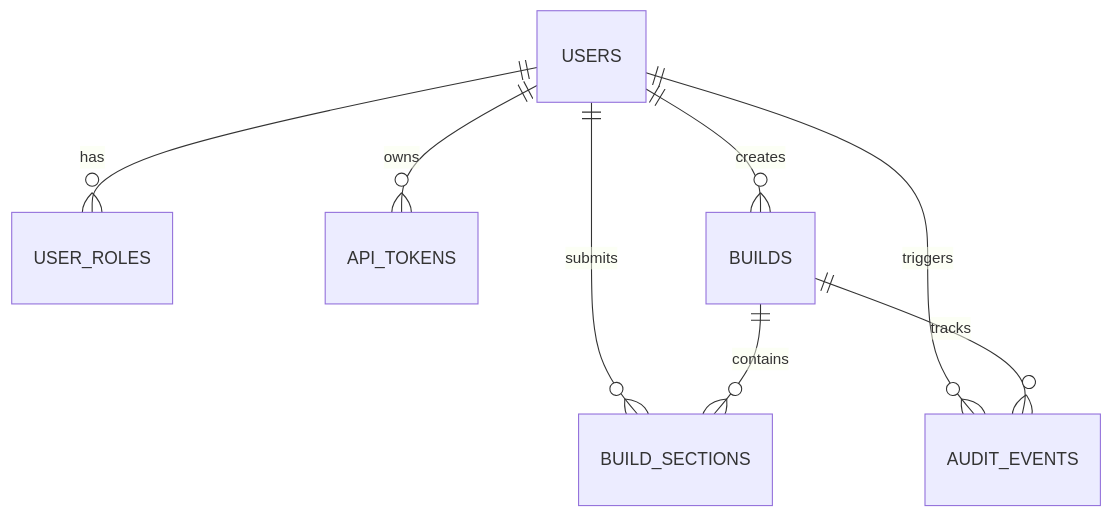
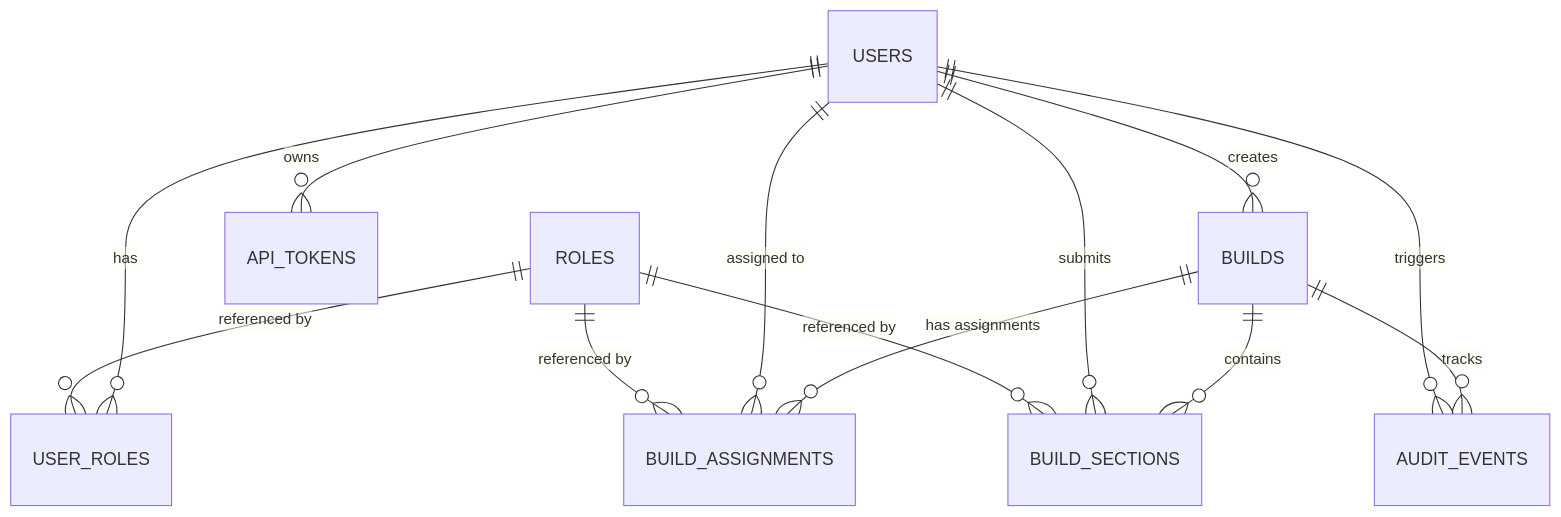
One commit to Sashwat-K/persona-based-contract-generator changed the first of 4 diagrams in Design/low-level-design.md. Above: the diagram before and after it, drawn with Mermaid. The commit also changed other lines of this file and 2 other files, not shown here.

````diff
--- a/Design/low-level-design.md
+++ b/Design/low-level-design.md
@@ -287,10 +357,15 @@
 ```mermaid
 erDiagram
+    ROLES ||--o{ USER_ROLES : "referenced by"
+    ROLES ||--o{ BUILD_ASSIGNMENTS : "referenced by"
+    ROLES ||--o{ BUILD_SECTIONS : "referenced by"
     USERS ||--o{ USER_ROLES : has
     USERS ||--o{ API_TOKENS : owns
     USERS ||--o{ BUILDS : creates
+    USERS ||--o{ BUILD_ASSIGNMENTS : "assigned to"
     USERS ||--o{ BUILD_SECTIONS : submits
     USERS ||--o{ AUDIT_EVENTS : triggers
+    BUILDS ||--o{ BUILD_ASSIGNMENTS : "has assignments"
     BUILDS ||--o{ BUILD_SECTIONS : contains
     BUILDS ||--o{ AUDIT_EVENTS : tracks
 ```
````
